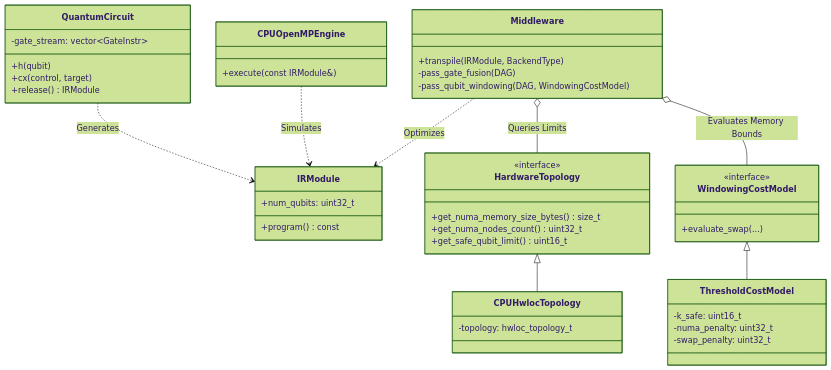
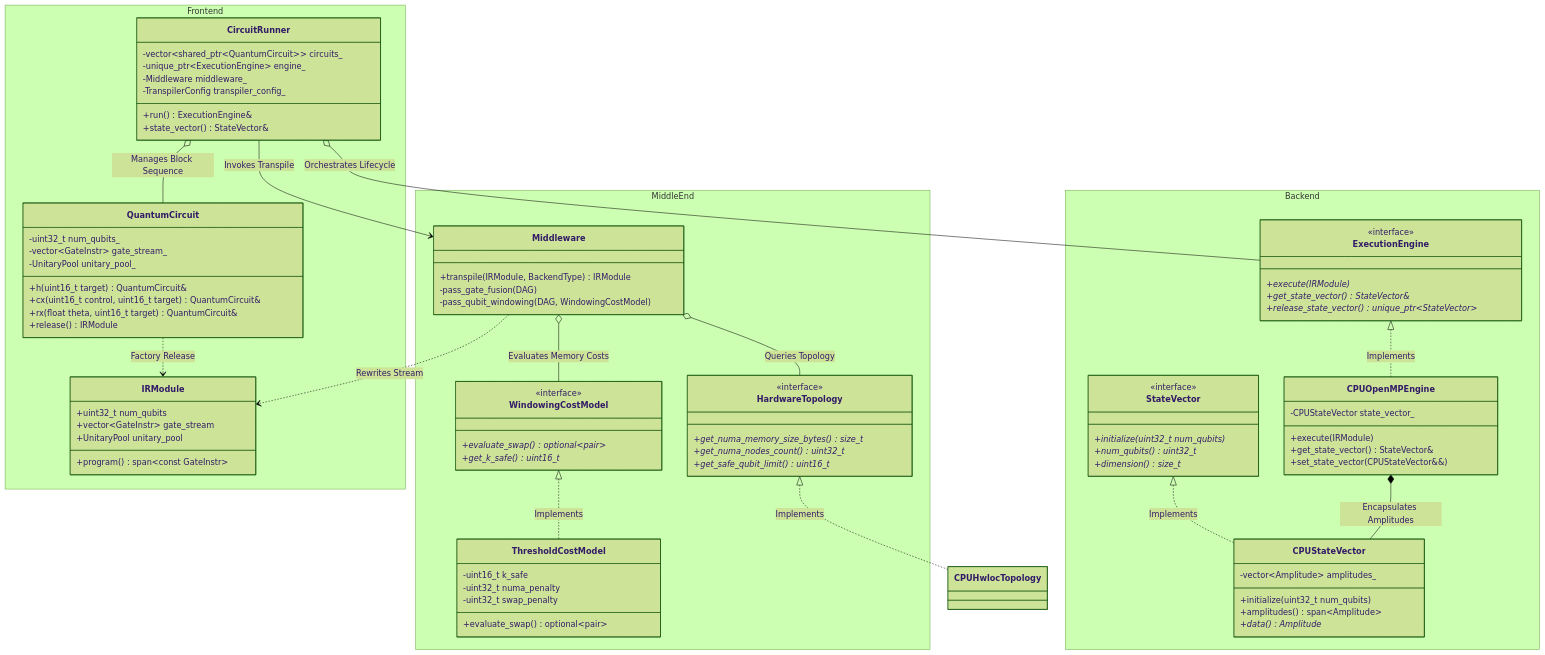
Before and after one commit to DanieleConfalonieri/Qlassical-Quantum-HPC-Simulator: the diagram in README.md, drawn with Mermaid (forest theme). The commit also changed other lines of this file and 8 other files, not shown here.

````diff
--- a/README.md
+++ b/README.md
@@ -47,54 +26,93 @@
 ```mermaid
 classDiagram
-    class QuantumCircuit {
-        -gate_stream: vector~GateInstr~
-        +h(qubit)
-        +cx(control, target)
-        +release() IRModule
-    }
-    
-    class IRModule {
-        +num_qubits: uint32_t
-        +program() const
-    }
-    
-    class Middleware {
-        +transpile(IRModule, BackendType)
-        -pass_gate_fusion(DAG)
-        -pass_qubit_windowing(DAG, WindowingCostModel)
+    namespace Frontend {
+        class QuantumCircuit {
+            -uint32_t num_qubits_
+            -vector~GateInstr~ gate_stream_
+            -UnitaryPool unitary_pool_
+            +h(uint16_t target) QuantumCircuit&
+            +cx(uint16_t control, uint16_t target) QuantumCircuit&
+            +rx(float theta, uint16_t target) QuantumCircuit&
+            +release() IRModule
+        }
+        class IRModule {
+            +uint32_t num_qubits
+            +vector~GateInstr~ gate_stream
+            +UnitaryPool unitary_pool
+            +program() span~const GateInstr~
+        }
+        class CircuitRunner {
+            -vector~shared_ptr~QuantumCircuit~~ circuits_
+            -unique_ptr~ExecutionEngine~ engine_
+            -Middleware middleware_
+            -TranspilerConfig transpiler_config_
+            +run() ExecutionEngine&
+            +state_vector() StateVector&
+        }
     }
 
-    class HardwareTopology {
-        <<interface>>
-        +get_numa_memory_size_bytes() size_t
-        +get_numa_nodes_count() uint32_t
-        +get_safe_qubit_limit() uint16_t
+    namespace MiddleEnd {
+        class Middleware {
+            +transpile(IRModule, BackendType) IRModule
+            -pass_gate_fusion(DAG)
+            -pass_qubit_windowing(DAG, WindowingCostModel)
+        }
+        class HardwareTopology {
+            <<interface>>
+            +get_numa_memory_size_bytes()* size_t
+            +get_numa_nodes_count()* uint32_t
+            +get_safe_qubit_limit()* uint16_t
+        }
+        class WindowingCostModel {
+            <<interface>>
+            +evaluate_swap()* optional~pair~
+            +get_k_safe()* uint16_t
+        }
+        class ThresholdCostModel {
+            -uint16_t k_safe
+            -uint32_t numa_penalty
+            -uint32_t swap_penalty
+            +evaluate_swap() optional~pair~
+        }
     }
 
-    class CPUHwlocTopology {
-        -topology: hwloc_topology_t
-    }
-    
-    class WindowingCostModel {
-        <<interface>>
-        +evaluate_swap(...)
+    namespace Backend {
+        class ExecutionEngine {
+            <<interface>>
+            +execute(IRModule)*
+            +get_state_vector()* StateVector&
+            +release_state_vector()* unique_ptr~StateVector~
+        }
+        class CPUOpenMPEngine {
+            -CPUStateVector state_vector_
+            +execute(IRModule)
+            +get_state_vector() StateVector&
+            +set_state_vector(CPUStateVector&&)
+        }
+        class StateVector {
+            <<interface>>
+            +initialize(uint32_t num_qubits)*
+            +num_qubits()* uint32_t
+            +dimension()* size_t
+        }
+        class CPUStateVector {
+            -vector~Amplitude~ amplitudes_
+            +initialize(uint32_t num_qubits)
+            +amplitudes() span~Amplitude~
+            +data() Amplitude*
+        }
     }
 
-    class ThresholdCostModel {
-        -k_safe: uint16_t
-        -numa_penalty: uint32_t
-        -swap_penalty: uint32_t
-    }
-
-    class CPUOpenMPEngine {
-        +execute(const IRModule&)
-    }
-
-    QuantumCircuit ..> IRModule : Generates
-    Middleware ..> IRModule : Optimizes
-    HardwareTopology <|-- CPUHwlocTopology
-    WindowingCostModel <|-- ThresholdCostModel
-    Middleware o-- HardwareTopology : Queries Limits
-    Middleware o-- WindowingCostModel : Evaluates Memory Bounds
-    CPUOpenMPEngine ..> IRModule : Simulates
+    QuantumCircuit ..> IRModule : Factory Release
+    CircuitRunner o-- QuantumCircuit : Manages Block Sequence
+    CircuitRunner --> Middleware : Invokes Transpile
+    CircuitRunner o-- ExecutionEngine : Orchestrates Lifecycle
+    Middleware ..> IRModule : Rewrites Stream
+    HardwareTopology <|.. CPUHwlocTopology : Implements
+    WindowingCostModel <|.. ThresholdCostModel : Implements
+    Middleware o-- HardwareTopology : Queries Topology
+    Middleware o-- WindowingCostModel : Evaluates Memory Costs
+    ExecutionEngine <|.. CPUOpenMPEngine : Implements
+    StateVector <|.. CPUStateVector : Implements
+    CPUOpenMPEngine *-- CPUStateVector : Encapsulates Amplitudes
 ```
````
